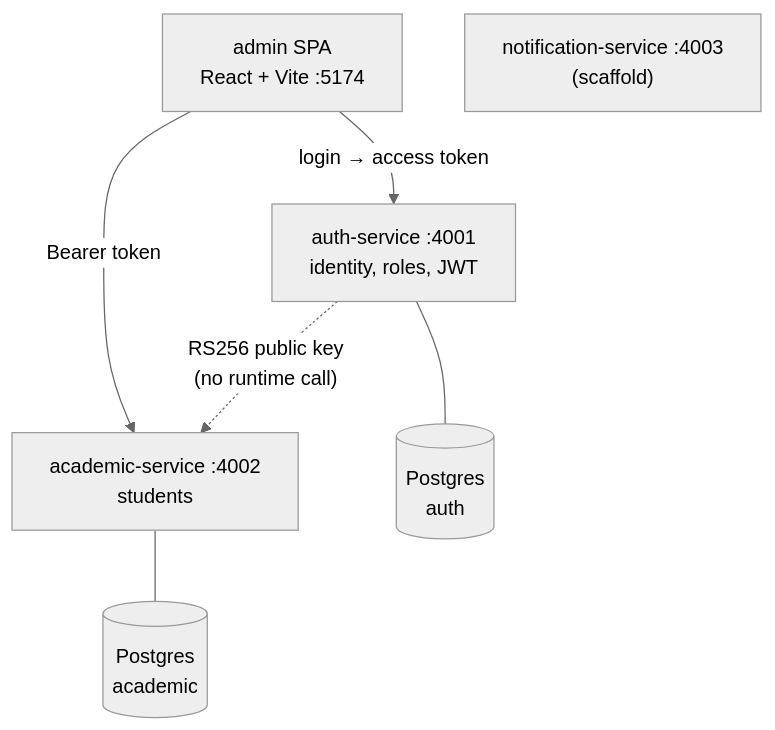
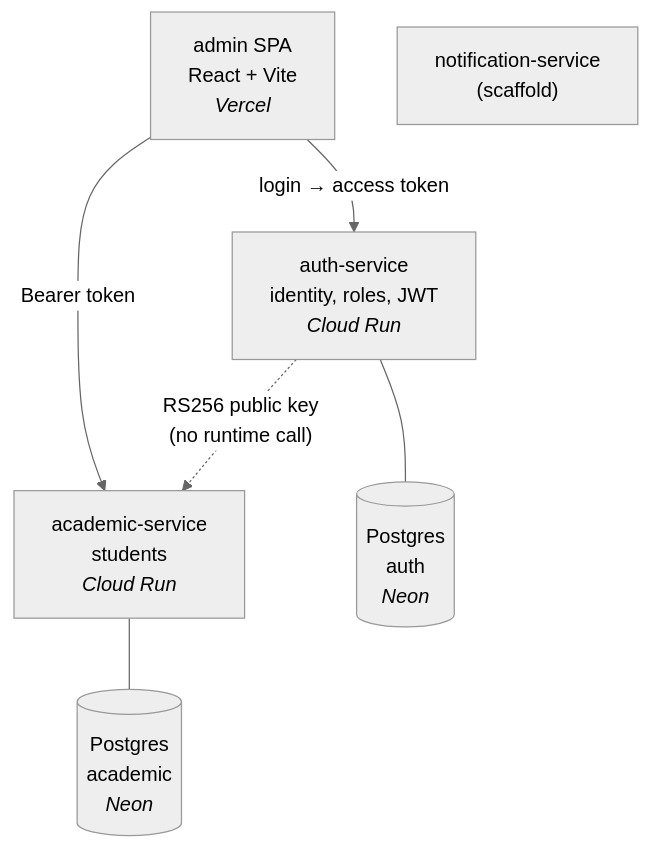
The diagram in README.md (malikumar1695/edustack), drawn with Mermaid (neutral theme) before and after one commit. The commit also changed other lines of this file and 2 other files, not shown here.

````diff
--- a/README.md
+++ b/README.md
@@ -36,18 +40,18 @@
 ```mermaid
 graph TB
-    Admin["admin SPA<br/>React + Vite :5174"]
+    Admin["admin SPA<br/>React + Vite<br/><i>Vercel</i>"]
 
-    Auth["auth-service :4001<br/>identity, roles, JWT"]
-    Academic["academic-service :4002<br/>students"]
-    Notify["notification-service :4003<br/>(scaffold)"]
+    Auth["auth-service<br/>identity, roles, JWT<br/><i>Cloud Run</i>"]
+    Academic["academic-service<br/>students<br/><i>Cloud Run</i>"]
+    Notify["notification-service<br/>(scaffold)"]
 
-    AuthDB[("Postgres<br/>auth")]
-    AcadDB[("Postgres<br/>academic")]
+    AuthDB[("Postgres<br/>auth<br/><i>Neon</i>")]
+    AcadDB[("Postgres<br/>academic<br/><i>Neon</i>")]
 
     Admin -->|"login → access token"| Auth
     Admin -->|"Bearer token"| Academic
     Auth --- AuthDB
     Academic --- AcadDB
 
     Auth -.->|"RS256 public key<br/>(no runtime call)"| Academic
 ```
````
